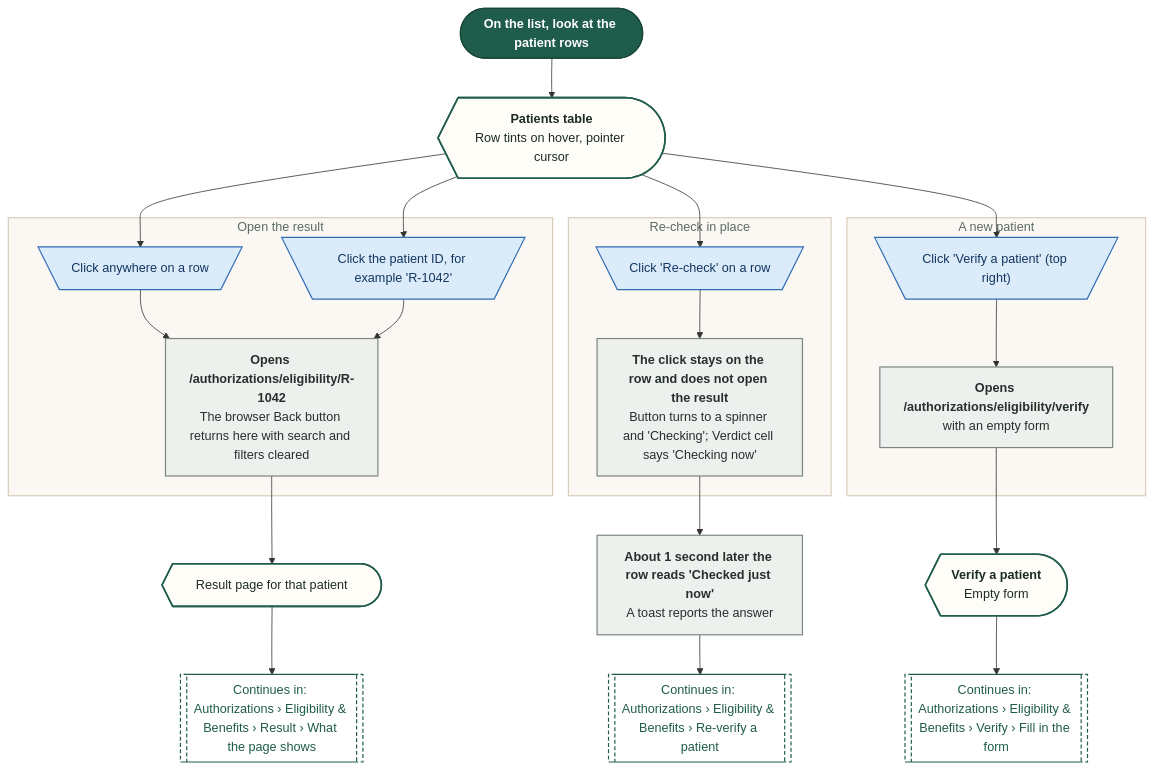
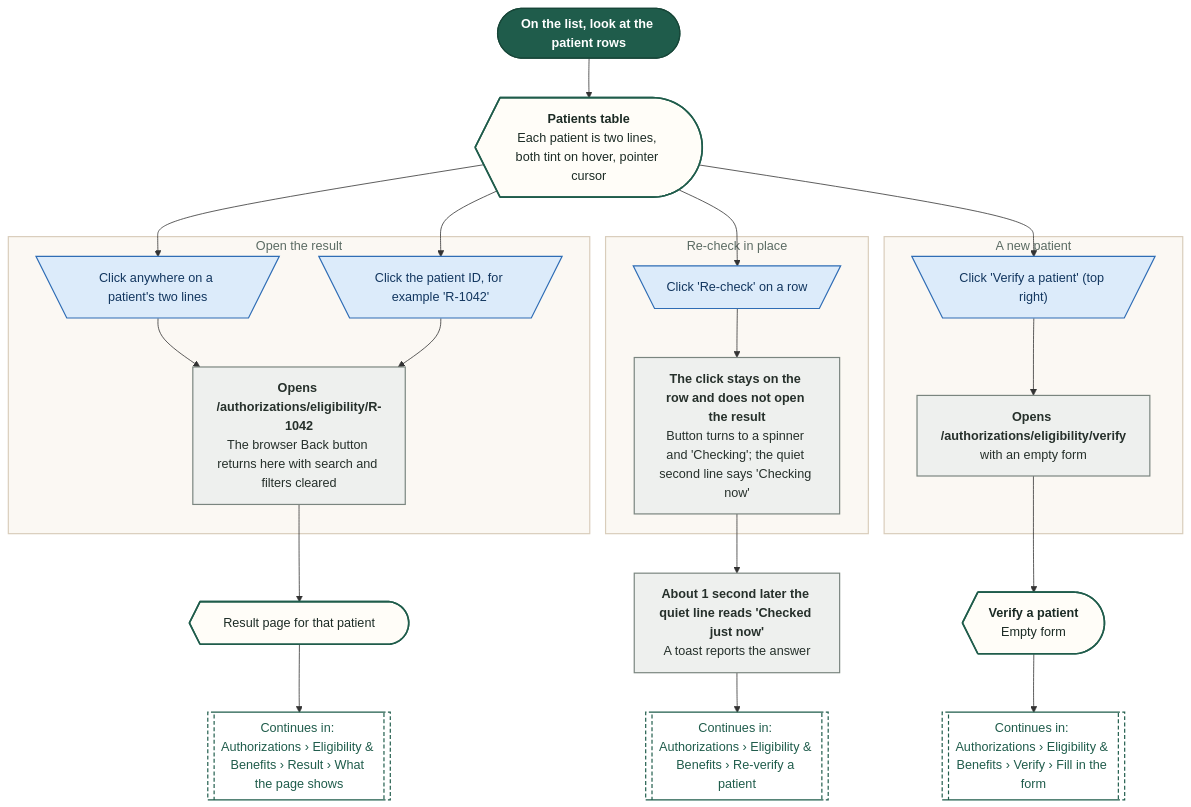
The third of 22 diagrams in demos/prior-auth-demo/workflows/out/md/05-eligibility.md (Shrav143/psyfloapp), drawn with Mermaid before and after one commit. The commit also changed other lines of this file and 192 other files, not shown here.

First line of the commit message:
docs: changelog by sidebar tab; README, diagrams and Settings layout aligned with the refinement; shared InfoTip; referral cost-share line

````diff
--- a/demos/prior-auth-demo/workflows/out/md/05-eligibility.md
+++ b/demos/prior-auth-demo/workflows/out/md/05-eligibility.md
@@ -186,56 +189,56 @@
 ```mermaid
 %%{init: {"theme":"base","themeVariables":{"fontFamily":"'DM Sans', 'Segoe UI', system-ui, sans-serif","fontSize":"15px","lineColor":"#5B6B63","primaryTextColor":"#1C2B25","clusterBkg":"#FBF8F3","clusterBorder":"#D9CDBB","edgeLabelBackground":"#FFFFFF"},"flowchart":{"curve":"basis","nodeSpacing":36,"rankSpacing":48,"padding":12,"htmlLabels":true,"useMaxWidth":false,"wrappingWidth":230}} }%%
 flowchart TD
   classDef k_start fill:#1F5C4B,stroke:#174638,color:#FFFFFF,stroke-width:1.5px,font-weight:600
   classDef k_end fill:#DDEFE3,stroke:#2E7D4F,color:#14502F,stroke-width:1.5px,font-weight:600
   classDef k_endx fill:#FBE3E0,stroke:#C0392B,color:#7A1F16,stroke-width:1.5px,font-weight:600
   classDef k_screen fill:#FFFDF8,stroke:#1F5C4B,color:#1C2B25,stroke-width:2px
   classDef k_overlay fill:#F1F7F3,stroke:#1F5C4B,color:#1C2B25,stroke-width:2px,stroke-dasharray:5 3
   classDef k_click fill:#DCEBFA,stroke:#2F6DB5,color:#12365F,stroke-width:1.5px
   classDef k_input fill:#E4E7FF,stroke:#4C5FD5,color:#1D2670,stroke-width:1.5px
   classDef k_process fill:#EEF0EE,stroke:#7A857F,color:#26302B,stroke-width:1.5px
   classDef k_agent fill:#EEE5FA,stroke:#7A4FC2,color:#341A63,stroke-width:1.5px
   classDef k_decision fill:#FFF0CC,stroke:#D9962B,color:#5C3B00,stroke-width:1.5px
   classDef k_store fill:#D5F0EA,stroke:#1C8E7B,color:#0B4A3F,stroke-width:1.5px
   classDef k_doc fill:#F6E9DC,stroke:#B07A4C,color:#4A2E14,stroke-width:1.5px
   classDef k_ext fill:#FFE6D2,stroke:#E07B39,color:#6B2F06,stroke-width:1.5px
   classDef k_wait fill:#E4E8EE,stroke:#6B7C93,color:#26303D,stroke-width:1.5px
   classDef k_toast fill:#FFF9DB,stroke:#C9A400,color:#5A4A00,stroke-width:1.5px
   classDef k_goto fill:#FFFFFF,stroke:#1F5C4B,color:#1F5C4B,stroke-width:1.5px,stroke-dasharray:5 3
   s1@{ shape: stadium, label: "On the list, look at the patient rows" }
-  sc@{ shape: curv-trap, label: "<b>Patients table</b><br/>Row tints on hover, pointer cursor" }
+  sc@{ shape: curv-trap, label: "<b>Patients table</b><br/>Each patient is two lines, both tint on hover, pointer cursor" }
   subgraph gOpen ["Open the result"]
-  c1@{ shape: trap-t, label: "Click anywhere on a row" }
+  c1@{ shape: trap-t, label: "Click anywhere on a patient's two lines" }
   c2@{ shape: trap-t, label: "Click the patient ID, for example 'R-1042'" }
   p1@{ shape: rect, label: "<b>Opens /authorizations/eligibility/R-1042</b><br/>The browser Back button returns here with search and filters cleared" }
   end
   subgraph gRe ["Re-check in place"]
   c3@{ shape: trap-t, label: "Click 'Re-check' on a row" }
-  p2@{ shape: rect, label: "<b>The click stays on the row and does not open the result</b><br/>Button turns to a spinner and 'Checking'; Verdict cell says 'Checking now'" }
+  p2@{ shape: rect, label: "<b>The click stays on the row and does not open the result</b><br/>Button turns to a spinner and 'Checking'; the quiet second line says 'Checking now'" }
   end
   subgraph gNew ["A new patient"]
   c4@{ shape: trap-t, label: "Click 'Verify a patient' (top right)" }
   p3@{ shape: rect, label: "<b>Opens /authorizations/eligibility/verify</b><br/>with an empty form" }
   end
   res@{ shape: curv-trap, label: "Result page for that patient" }
   ver@{ shape: curv-trap, label: "<b>Verify a patient</b><br/>Empty form" }
   g1@{ shape: subproc, label: "Continues in: Authorizations › Eligibility & Benefits › Result › What the page shows" }
   g2@{ shape: subproc, label: "Continues in: Authorizations › Eligibility & Benefits › Re-verify a patient" }
   g3@{ shape: subproc, label: "Continues in: Authorizations › Eligibility & Benefits › Verify › Fill in the form" }
-  t1@{ shape: rect, label: "<b>About 1 second later the row reads 'Checked just now'</b><br/>A toast reports the answer" }
+  t1@{ shape: rect, label: "<b>About 1 second later the quiet line reads 'Checked just now'</b><br/>A toast reports the answer" }
   s1 --> sc
   sc --> c1 & c2 & c3 & c4
   c1 --> p1
   c2 --> p1
   p1 --> res --> g1
   c3 --> p2 --> t1 --> g2
   c4 --> p3 --> ver --> g3
   class s1 k_start
   class sc,res,ver k_screen
   class c1,c2,c3,c4 k_click
   class p1,p2,p3,t1 k_process
   class g1,g2,g3 k_goto
   style gOpen fill:#FBF8F3,stroke:#D9CDBB,stroke-width:1.5px,color:#5B6B63
   style gRe fill:#FBF8F3,stroke:#D9CDBB,stroke-width:1.5px,color:#5B6B63
   style gNew fill:#FBF8F3,stroke:#D9CDBB,stroke-width:1.5px,color:#5B6B63
 ```
````
